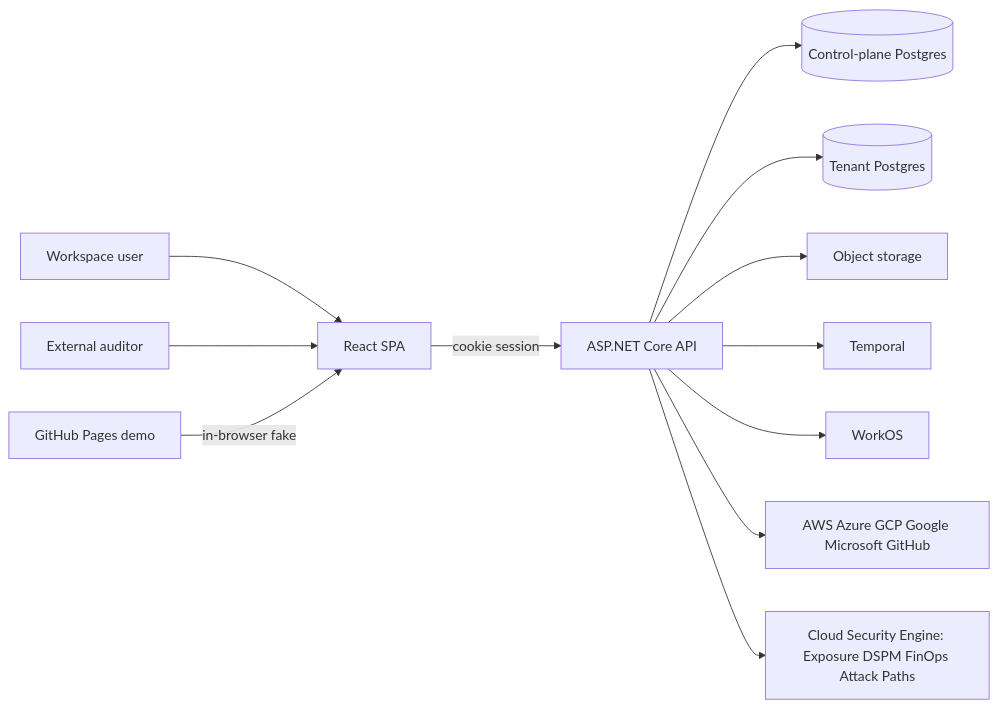
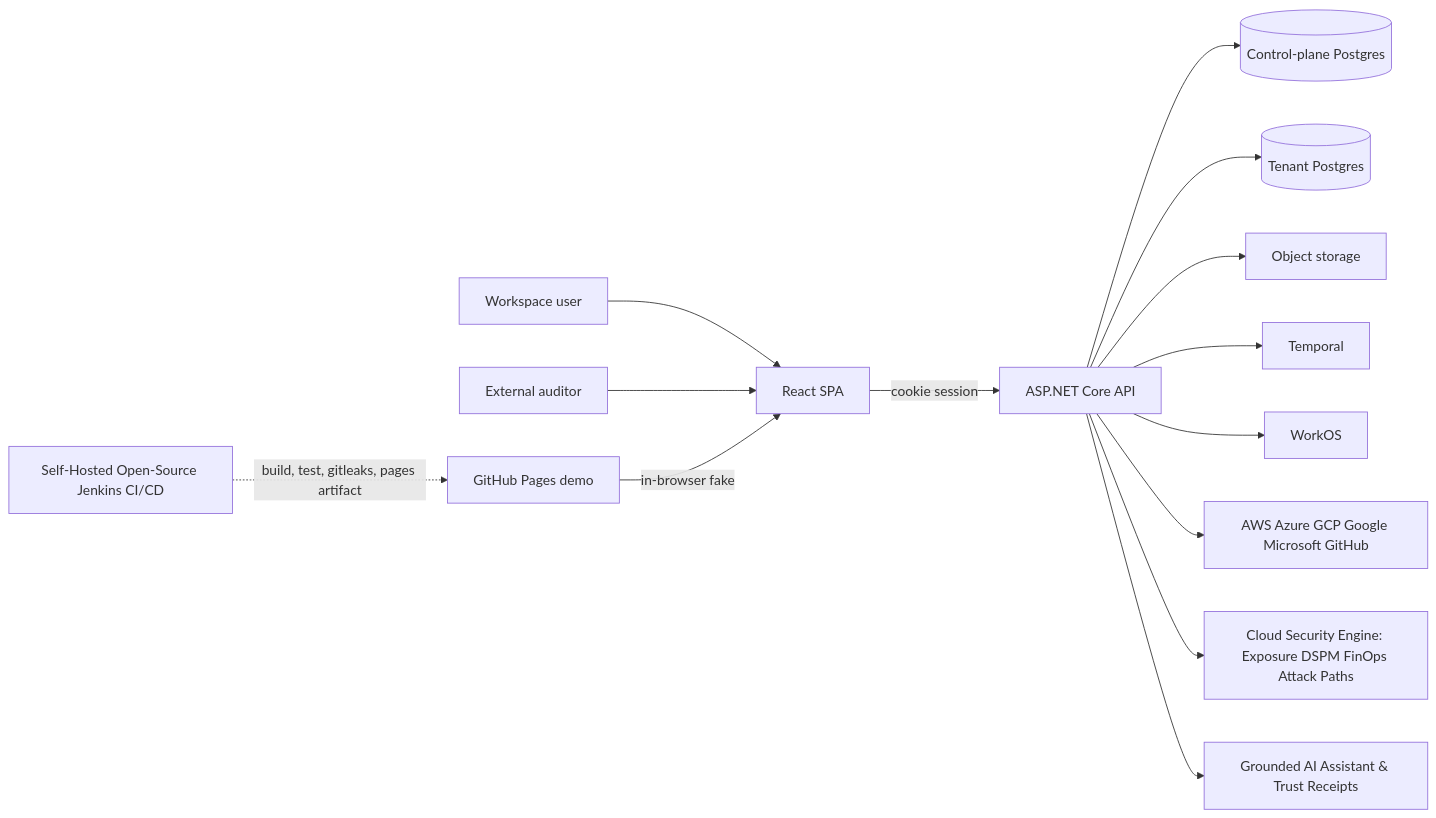
One commit to cvpeceee/D2DAuditServices changed the first of 6 diagrams in docs/ARCHITECTURE.md. Above: the diagram before and after it, drawn with Mermaid. The commit also changed other lines of this file and 40 other files, not shown here.

Commit message:
M9: 13 frameworks + What-If simulator, Trust Center v2 + Cryptographic Receipts, Grounded AI Assistant, API Keys & Webhooks

````diff
--- a/docs/ARCHITECTURE.md
+++ b/docs/ARCHITECTURE.md
@@ -7,27 +7,31 @@
 ```mermaid
 flowchart LR
   user[Workspace user]
   auditor[External auditor]
   spa[React SPA]
   pages[GitHub Pages demo]
   api[ASP.NET Core API]
   control[(Control-plane Postgres)]
   tenant[(Tenant Postgres)]
   store[Object storage]
   temporal[Temporal]
   workos[WorkOS]
   clouds[AWS Azure GCP Google Microsoft GitHub]
   cspm[Cloud Security Engine: Exposure DSPM FinOps Attack Paths]
+  ai[Grounded AI Assistant & Trust Receipts]
+  jenkins[Self-Hosted Open-Source Jenkins CI/CD]
 
   user --> spa
   auditor --> spa
   spa -->|cookie session| api
   pages -->|in-browser fake| spa
   api --> control
   api --> tenant
   api --> store
   api --> temporal
   api --> workos
   api --> clouds
   api --> cspm
+  api --> ai
+  jenkins -.->|build, test, gitleaks, pages artifact| pages
 ```
````
